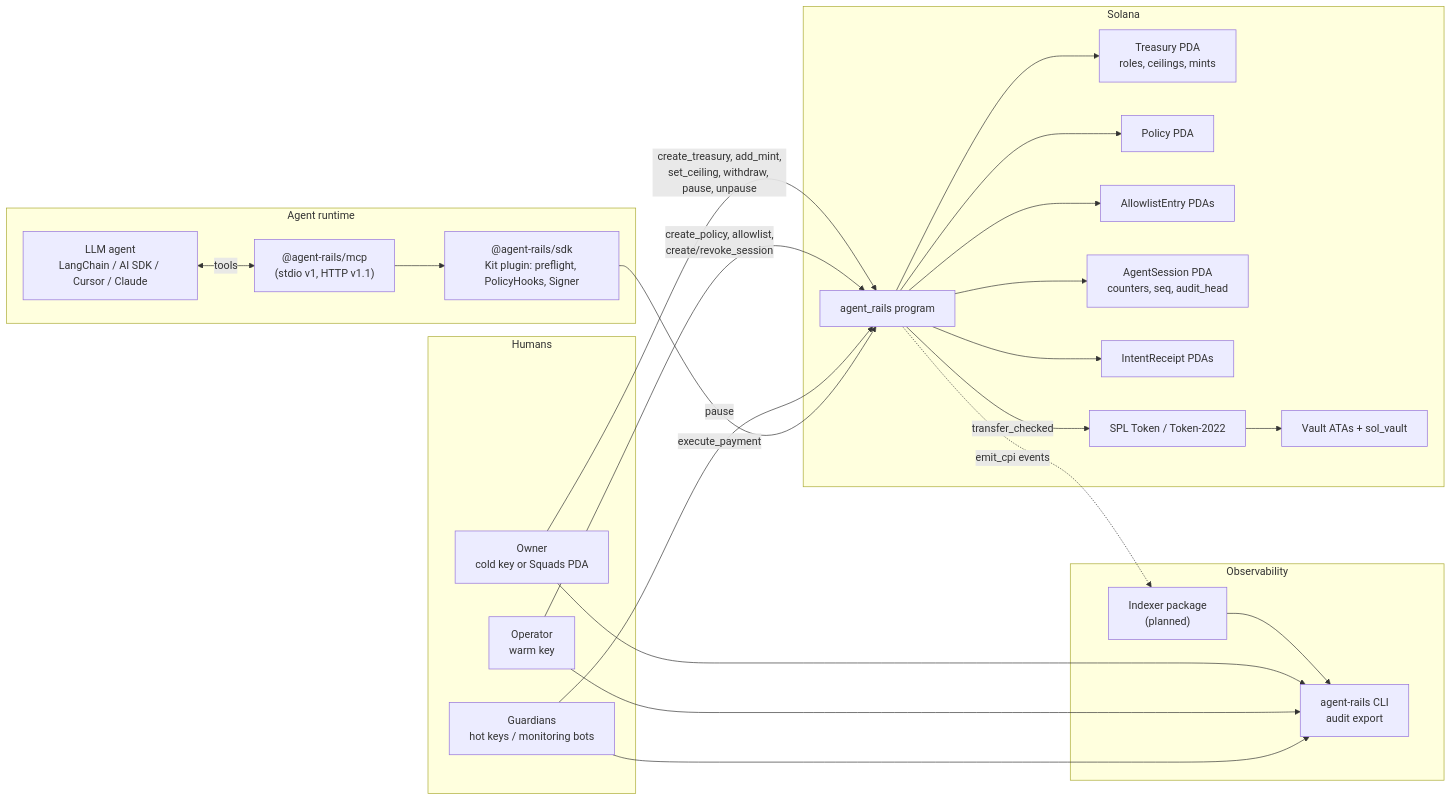
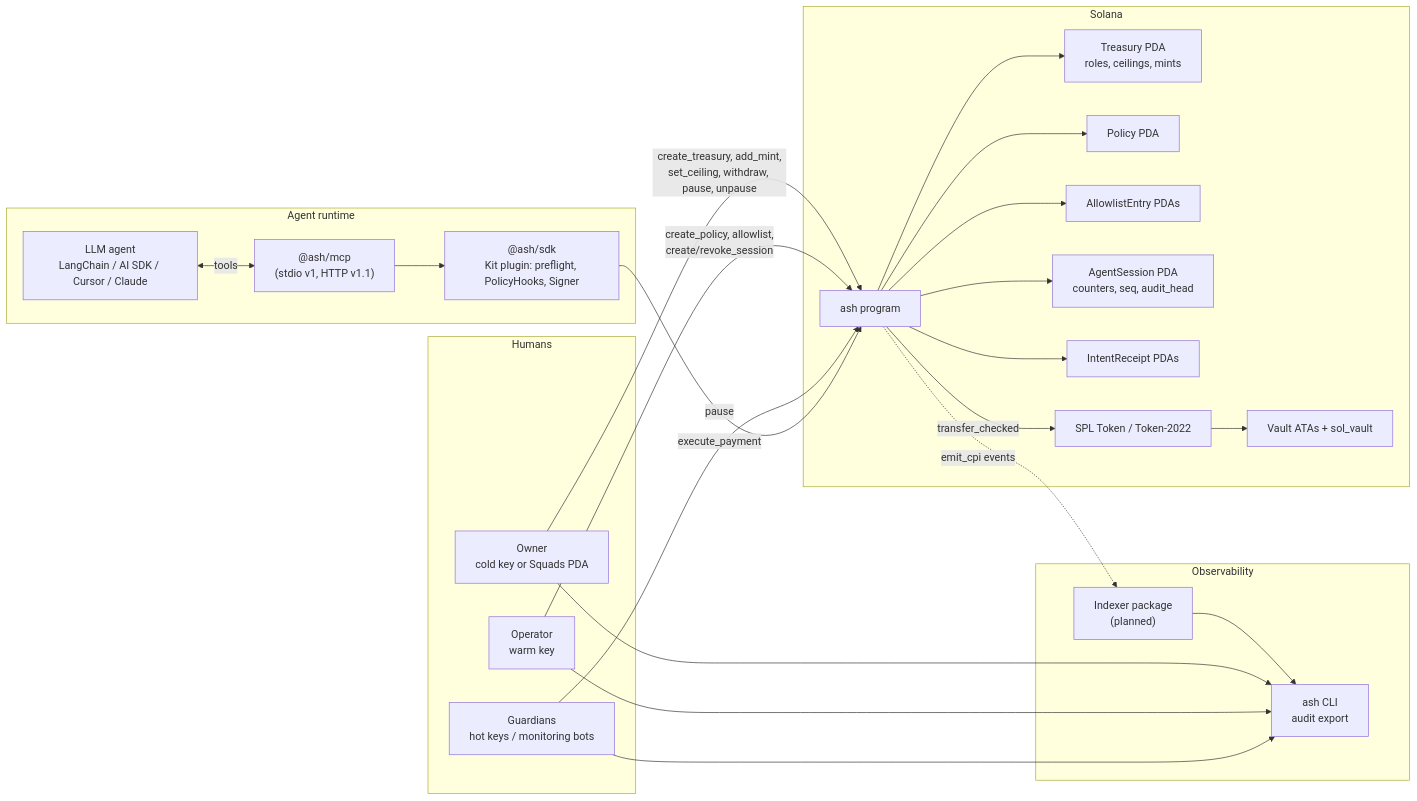
One commit to wayside-labs/ash changed the first of 3 diagrams in ARCHITECTURE.md. Above: the diagram before and after it, drawn with Mermaid. The commit also changed other lines of this file and 593 other files, not shown here.

First line of the commit message:
chore(rename): finish the ASH rename without breaking the audit or Cloak invariants

````diff
--- a/ARCHITECTURE.md
+++ b/ARCHITECTURE.md
@@ -33,43 +33,43 @@
 ```mermaid
 flowchart LR
   subgraph Humans
     OWN[Owner<br/>cold key or Squads PDA]
     OPR[Operator<br/>warm key]
     GRD[Guardians<br/>hot keys / monitoring bots]
   end
 
   subgraph Agent runtime
     LLM[LLM agent<br/>LangChain / AI SDK / Cursor / Claude]
-    MCP["@agent-rails/mcp<br/>(stdio v1, HTTP v1.1)"]
-    SDK["@agent-rails/sdk<br/>Kit plugin: preflight, PolicyHooks, Signer"]
+    MCP["@ash/mcp<br/>(stdio v1, HTTP v1.1)"]
+    SDK["@ash/sdk<br/>Kit plugin: preflight, PolicyHooks, Signer"]
   end
 
   subgraph Solana
-    PRG[agent_rails program]
+    PRG[ash program]
     TRS[Treasury PDA<br/>roles, ceilings, mints]
     POL[Policy PDA]
     ALW[AllowlistEntry PDAs]
     SES[AgentSession PDA<br/>counters, seq, audit_head]
     RCT[IntentReceipt PDAs]
     VLT[Vault ATAs + sol_vault]
     TOK[SPL Token / Token-2022]
   end
 
   subgraph Observability
     IDX["Indexer package<br/>(planned)"]
-    CLI[agent-rails CLI<br/>audit export]
+    CLI[ash CLI<br/>audit export]
   end
 
   OWN -->|create_treasury, add_mint,<br/>set_ceiling, withdraw, pause, unpause| PRG
   OPR -->|create_policy, allowlist,<br/>create/revoke_session| PRG
   GRD -->|pause| PRG
   LLM <-->|tools| MCP
   MCP --> SDK
   SDK -->|execute_payment| PRG
   PRG --> TRS & POL & ALW & SES & RCT
   PRG -->|transfer_checked| TOK
   TOK --> VLT
   PRG -.->|emit_cpi events| IDX
   IDX --> CLI
   OWN & OPR & GRD --> CLI
 ```
````
